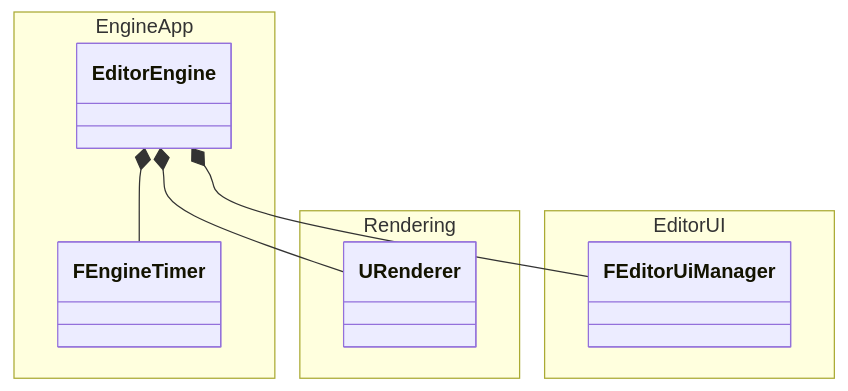
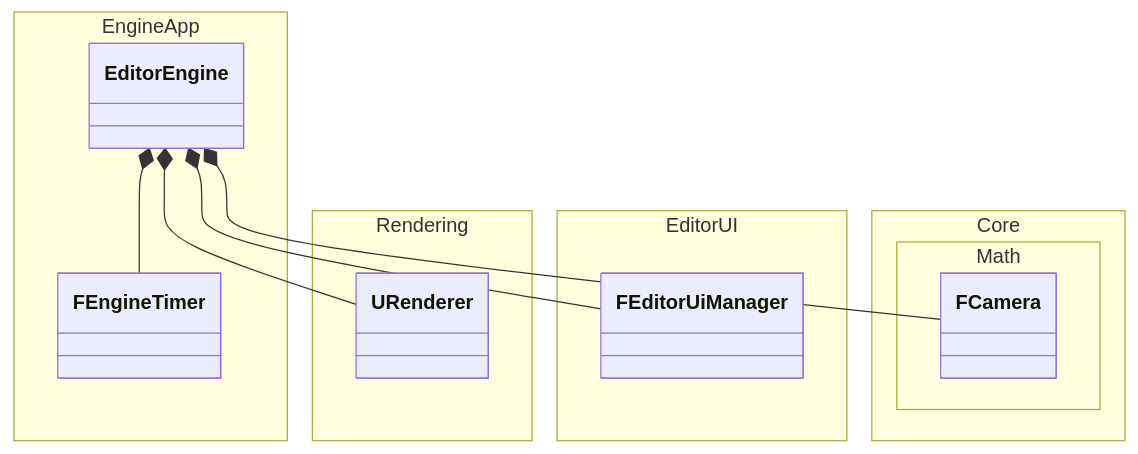
Before and after one commit to ksang9609/jingle-engine: the diagram in docs/apps/EngineApp/EditorEngineDiagram.md, drawn with Mermaid.

Commit message:
docs: Update editor engine diagram

````diff
--- a/docs/apps/EngineApp/EditorEngineDiagram.md
+++ b/docs/apps/EngineApp/EditorEngineDiagram.md
@@ -3,21 +3,26 @@
 ```mermaid
 classDiagram
 
 namespace EngineApp {
 	class EditorEngine
 	class FEngineTimer
 }
 
 namespace Rendering {
 	class URenderer
 }
 
 namespace EditorUI {
 	class FEditorUiManager
 }
 
+namespace Core.Math {
+	class FCamera
+}
+
 EditorEngine *-- FEngineTimer
 EditorEngine *-- URenderer
 EditorEngine *-- FEditorUiManager
+EditorEngine *-- FCamera
 
 ```
````
